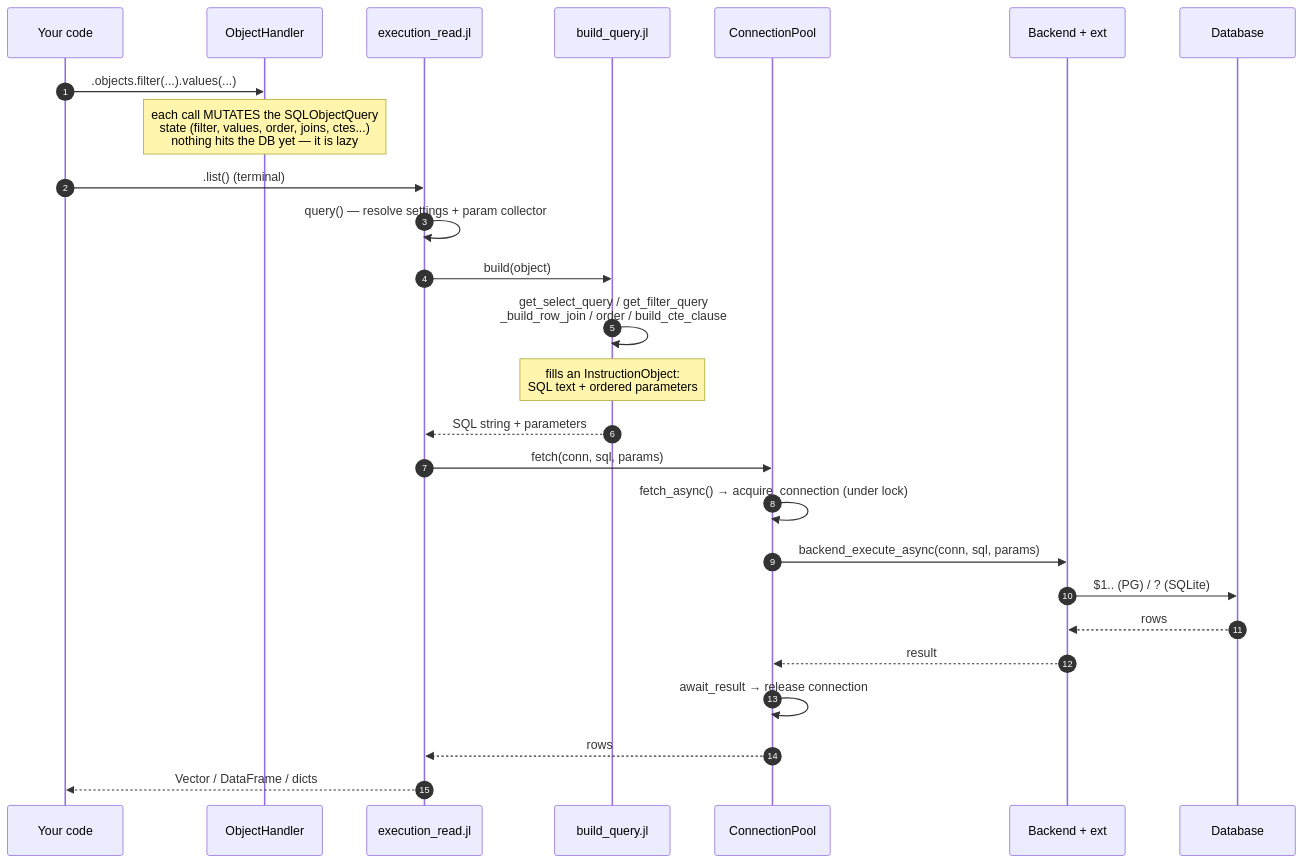
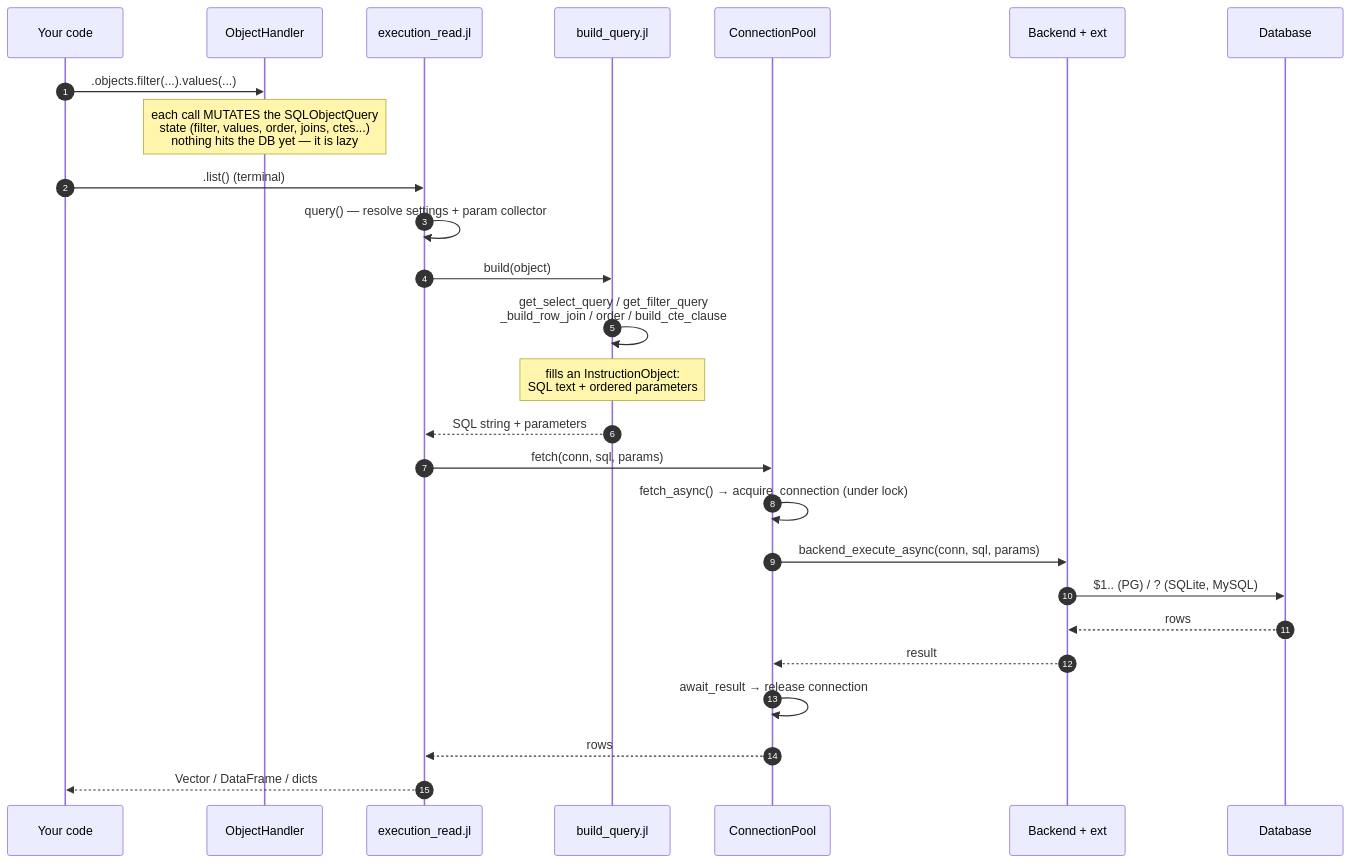
Before and after one commit to PingoLee/PormG.jl: the second of 4 diagrams in docs/src/architecture.md, drawn with Mermaid. The commit also changed other lines of this file and 22 other files, not shown here.

````diff
--- a/docs/src/architecture.md
+++ b/docs/src/architecture.md
@@ -64,29 +66,29 @@
 ```mermaid
 sequenceDiagram
   autonumber
   participant App as Your code
   participant OH as ObjectHandler
   participant EX as execution_read.jl
   participant BQ as build_query.jl
   participant CP as ConnectionPool
   participant BE as Backend + ext
   participant DB as Database
 
   App->>OH: .objects.filter(...).values(...)
   Note over OH: each call MUTATES the SQLObjectQuery<br/>state (filter, values, order, joins, ctes...)<br/>nothing hits the DB yet — it is lazy
   App->>EX: .list()  (terminal)
   EX->>EX: query() — resolve settings + param collector
   EX->>BQ: build(object)
   BQ->>BQ: get_select_query / get_filter_query<br/>_build_row_join / order / build_cte_clause
   Note over BQ: fills an InstructionObject:<br/>SQL text + ordered parameters
   BQ-->>EX: SQL string + parameters
   EX->>CP: fetch(conn, sql, params)
   CP->>CP: fetch_async() → acquire_connection (under lock)
   CP->>BE: backend_execute_async(conn, sql, params)
-  BE->>DB: $1.. (PG)  /  ? (SQLite)
+  BE->>DB: $1.. (PG)  /  ? (SQLite, MySQL)
   DB-->>BE: rows
   BE-->>CP: result
   CP->>CP: await_result → release connection
   CP-->>EX: rows
   EX-->>App: Vector / DataFrame / dicts
 ```
````
